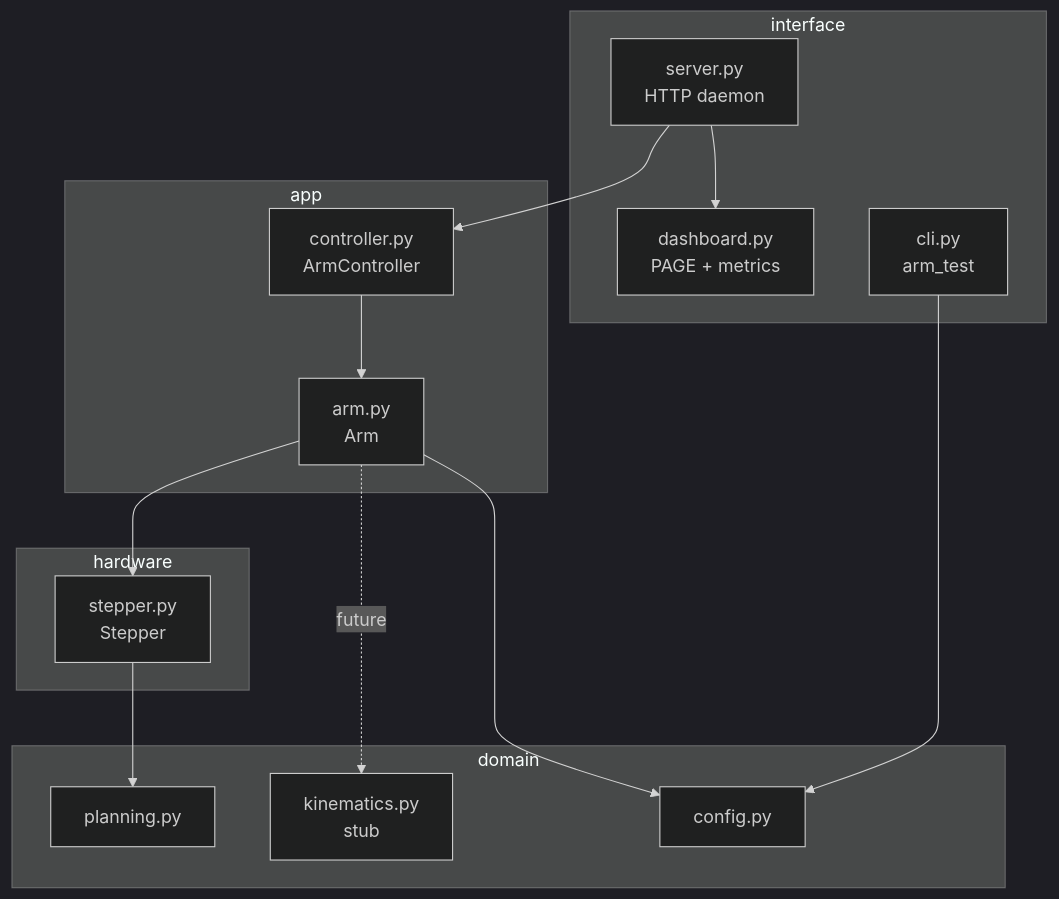
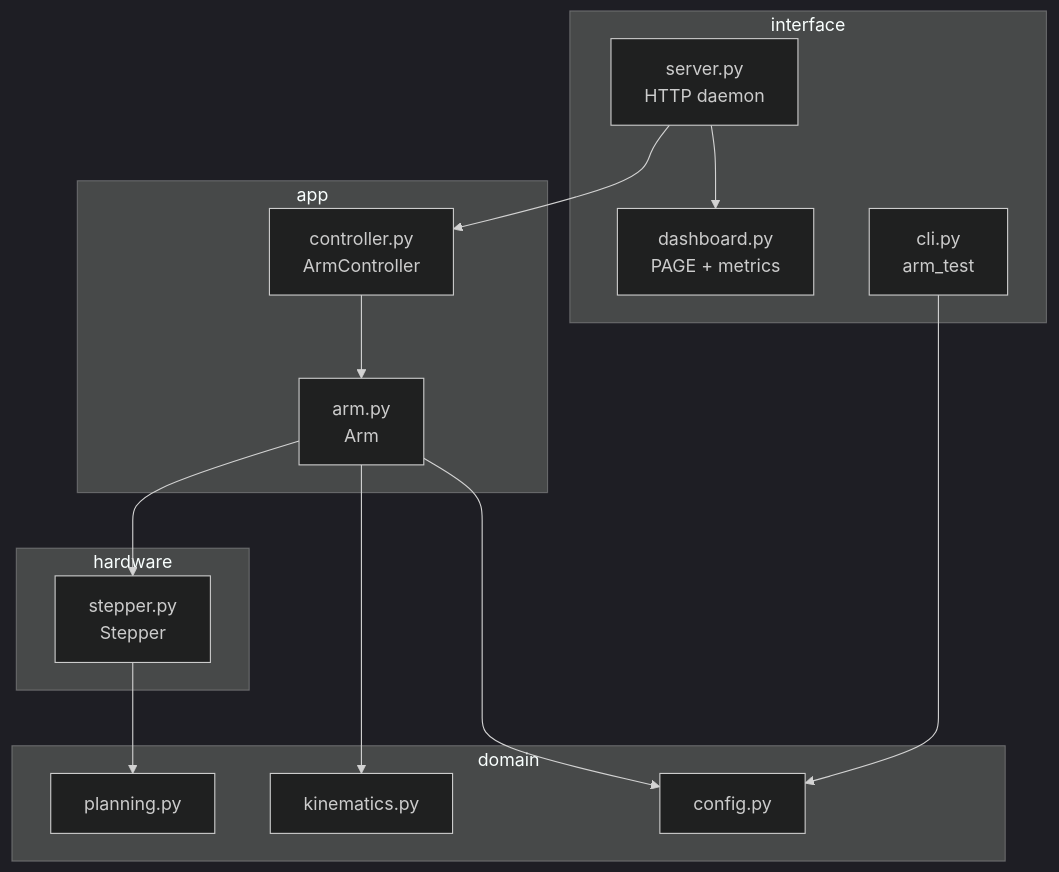
The diagram in docs/ARCHITECTURE.md (Quezka/moneysort), drawn with Mermaid (dark theme) before and after one commit. The commit also changed other lines of this file and 1 other file, not shown here.

Commit message:
Docs: bring CLAUDE.md and ARCHITECTURE.md up to date (camera, vision, tools)

````diff
--- a/docs/ARCHITECTURE.md
+++ b/docs/ARCHITECTURE.md
@@ -42,28 +43,28 @@
 ```mermaid
 graph TD
     subgraph interface
         server[server.py<br/>HTTP daemon]
         dashboard[dashboard.py<br/>PAGE + metrics]
         cli[cli.py<br/>arm_test]
     end
     subgraph app
         controller[controller.py<br/>ArmController]
         arm[arm.py<br/>Arm]
     end
     subgraph hardware
         stepper[stepper.py<br/>Stepper]
     end
     subgraph domain
         planning[planning.py]
-        kinematics[kinematics.py<br/>stub]
+        kinematics[kinematics.py]
         config[config.py]
     end
     server --> controller
     server --> dashboard
     cli --> config
     controller --> arm
     arm --> stepper
     arm --> config
     stepper --> planning
-    arm -.future.-> kinematics
+    arm --> kinematics
 ```
````
